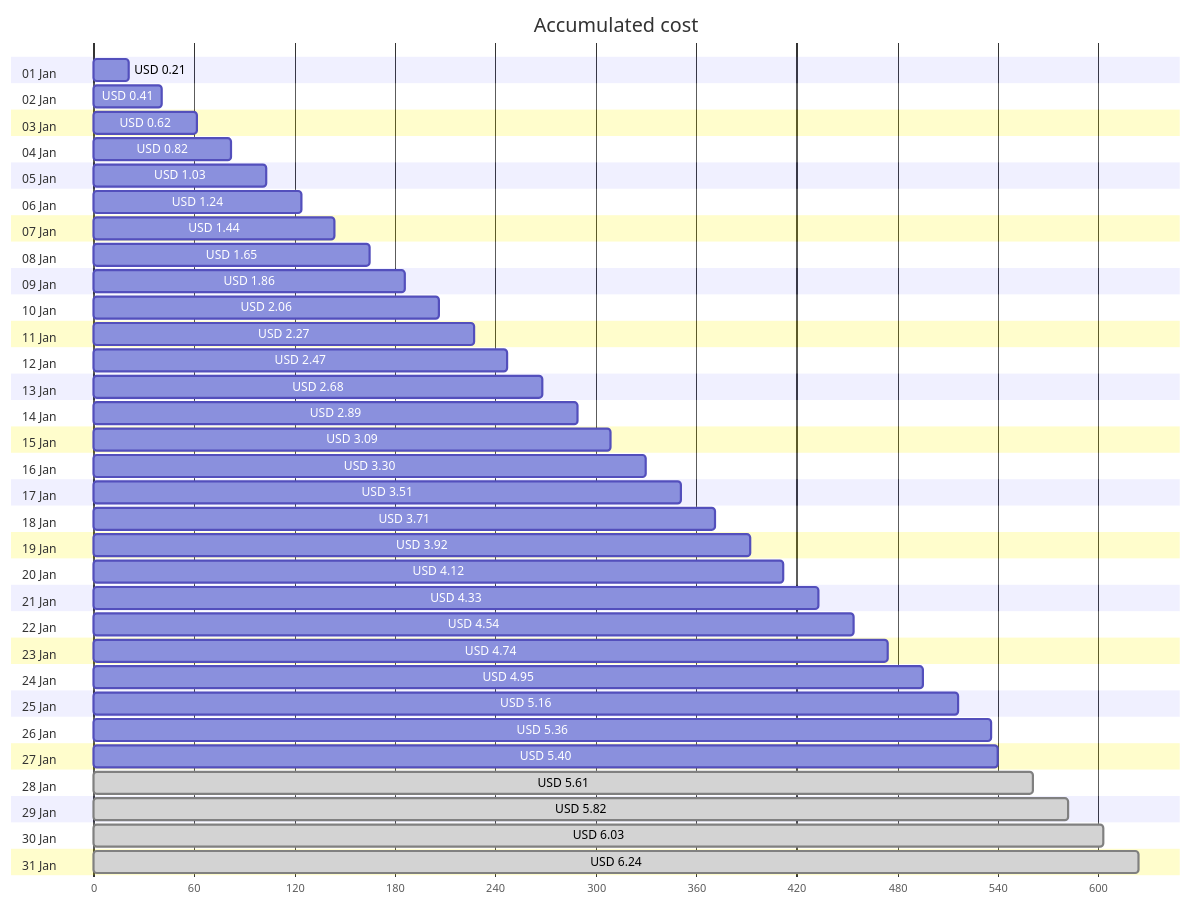
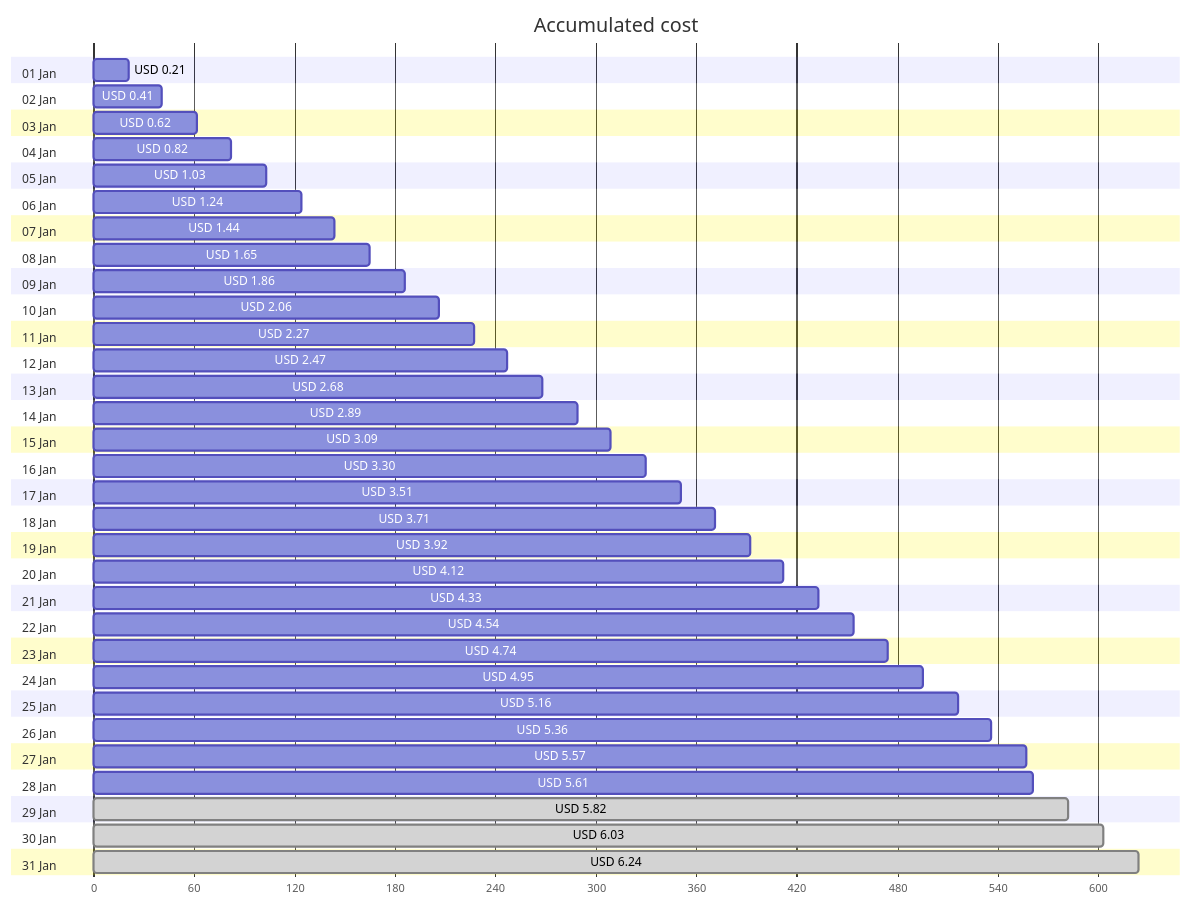
Before and after one commit to jpfulton/azure-personal-reports: the first of 4 diagrams in cost-reports/personal-network/backup-server.md, drawn with Mermaid. The commit also changed other lines of this file and 8 other files, not shown here.

````diff
--- a/cost-reports/personal-network/backup-server.md
+++ b/cost-reports/personal-network/backup-server.md
@@ -20,68 +20,68 @@
 ```mermaid
 gantt
    title Accumulated cost
    dateFormat  X
    axisFormat %s
    section 01 Jan
    USD 0.21 :0, 21
    section 02 Jan
    USD 0.41 :0, 41
    section 03 Jan
    USD 0.62 :0, 62
    section 04 Jan
    USD 0.82 :0, 82
    section 05 Jan
    USD 1.03 :0, 103
    section 06 Jan
    USD 1.24 :0, 124
    section 07 Jan
    USD 1.44 :0, 144
    section 08 Jan
    USD 1.65 :0, 165
    section 09 Jan
    USD 1.86 :0, 186
    section 10 Jan
    USD 2.06 :0, 206
    section 11 Jan
    USD 2.27 :0, 227
    section 12 Jan
    USD 2.47 :0, 247
    section 13 Jan
    USD 2.68 :0, 268
    section 14 Jan
    USD 2.89 :0, 289
    section 15 Jan
    USD 3.09 :0, 309
    section 16 Jan
    USD 3.30 :0, 330
    section 17 Jan
    USD 3.51 :0, 351
    section 18 Jan
    USD 3.71 :0, 371
    section 19 Jan
    USD 3.92 :0, 392
    section 20 Jan
    USD 4.12 :0, 412
    section 21 Jan
    USD 4.33 :0, 433
    section 22 Jan
    USD 4.54 :0, 454
    section 23 Jan
    USD 4.74 :0, 474
    section 24 Jan
    USD 4.95 :0, 495
    section 25 Jan
    USD 5.16 :0, 516
    section 26 Jan
    USD 5.36 :0, 536
    section 27 Jan
-   USD 5.40 :0, 540
+   USD 5.57 :0, 557
    section 28 Jan
-   USD 5.61 : done, 0, 561
+   USD 5.61 :0, 561
    section 29 Jan
    USD 5.82 : done, 0, 582
    section 30 Jan
    USD 6.03 : done, 0, 603
    section 31 Jan
    USD 6.24 : done, 0, 624
 ```
````
